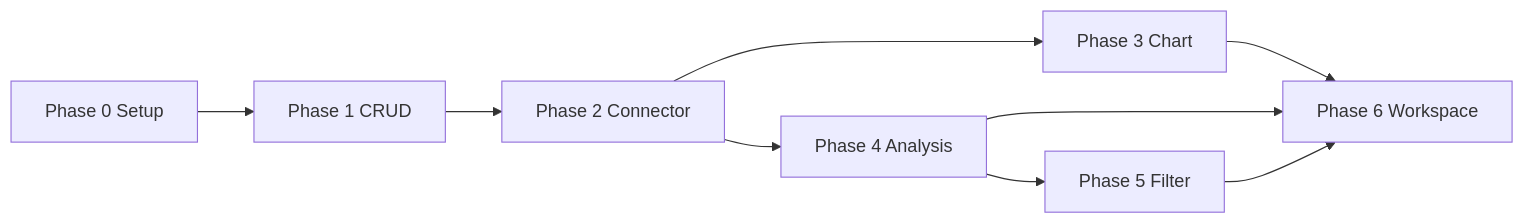
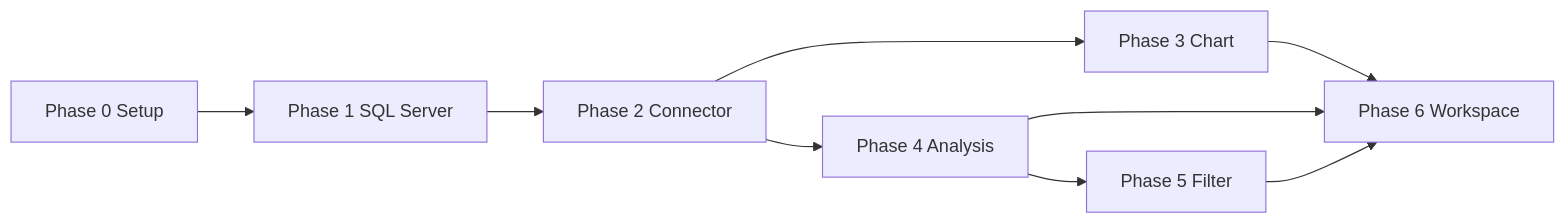
One commit to chinnput/AnalyticsPlatform changed the diagram in docs/roadmap-steps.md. Above: the diagram before and after it, drawn with Mermaid. The commit also changed other lines of this file and 28 other files, not shown here.

First line of the commit message:
feat: add SQL Server + PI Server connectors, drop PostgreSQL/Prisma

````diff
--- a/docs/roadmap-steps.md
+++ b/docs/roadmap-steps.md
@@ -131,11 +125,11 @@
 ```mermaid
 flowchart LR
-    P0[Phase 0 Setup] --> P1[Phase 1 CRUD]
+    P0[Phase 0 Setup] --> P1[Phase 1 SQL Server]
     P1 --> P2[Phase 2 Connector]
     P2 --> P3[Phase 3 Chart]
     P2 --> P4[Phase 4 Analysis]
     P4 --> P5[Phase 5 Filter]
     P3 --> P6[Phase 6 Workspace]
     P4 --> P6
     P5 --> P6
 ```
````
